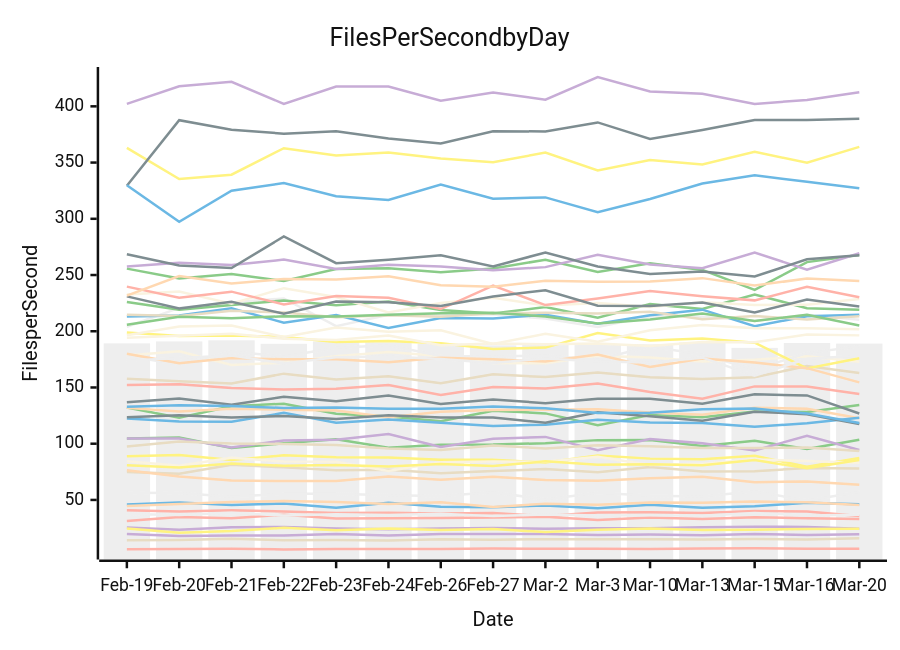
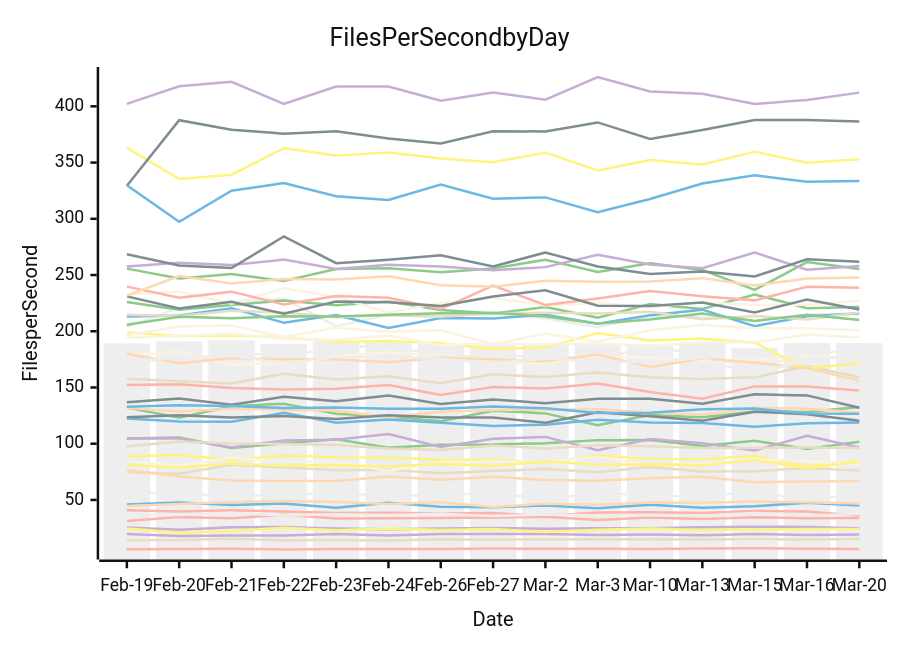
Before and after one commit to streetsidesoftware/cspell: the diagram in perf-report.md, drawn with Mermaid (neutral theme). The commit also changed other lines of this file and 2 other files, not shown here.

````diff
--- a/perf-report.md
+++ b/perf-report.md
@@ -11,57 +11,57 @@
 ```mermaid
 xychart-beta
     title Files Per Second by Day
     y-axis Files per Second
     x-axis Date [Feb-19, Feb-20, Feb-21, Feb-22, Feb-23, Feb-24, Feb-26, Feb-27, Mar-2, Mar-3, Mar-10, Mar-13, Mar-15, Mar-16, Mar-20]
-    bar [189.21, 190.95, 191.93, 188.84, 190.95, 190.14, 188.86, 187.47, 189.15, 187.99, 188.38, 189.98, 185.21, 189.57, 189.03]
-    line [45.95, 47.66, 45.50, 46.89, 43.13, 47.48, 43.86, 43.58, 44.95, 42.68, 45.79, 43.00, 44.30, 47.55, 46.14]
-    line [132.26, 123.16, 133.27, 135.57, 126.55, 124.20, 119.96, 129.35, 126.96, 116.50, 125.61, 123.50, 128.64, 128.22, 134.41]
-    line [19.76, 18.01, 18.46, 18.38, 19.68, 18.34, 19.60, 19.60, 19.63, 18.78, 19.22, 18.67, 19.78, 18.71, 19.45]
-    line [74.92, 73.32, 81.29, 78.95, 76.37, 76.80, 73.75, 75.77, 77.40, 74.68, 79.36, 75.39, 75.58, 78.40, 77.92]
-    line [6.24, 6.45, 6.67, 5.92, 6.38, 6.30, 6.44, 6.78, 6.62, 6.55, 6.32, 6.79, 7.12, 6.59, 6.61]
-    line [88.86, 89.95, 85.47, 89.64, 87.93, 87.72, 85.68, 85.69, 83.26, 89.40, 86.73, 86.09, 89.20, 79.46, 87.23]
-    line [136.95, 140.26, 134.61, 141.79, 137.76, 142.75, 135.42, 139.26, 136.06, 139.99, 140.01, 135.63, 143.93, 142.95, 126.83]
-    line [131.86, 128.62, 131.04, 130.26, 129.44, 123.58, 128.31, 129.87, 130.27, 130.71, 127.81, 125.76, 132.01, 131.14, 122.63]
-    line [84.44, 80.37, 87.47, 84.08, 83.91, 75.76, 83.59, 84.08, 83.89, 88.30, 81.02, 82.11, 85.90, 84.63, 83.10]
-    line [203.99, 220.72, 225.56, 229.20, 204.56, 214.62, 214.22, 215.21, 211.23, 203.79, 213.30, 213.00, 209.05, 214.75, 210.23]
-    line [122.32, 119.71, 119.61, 127.43, 118.55, 121.57, 118.53, 115.70, 116.93, 121.24, 118.95, 118.40, 114.99, 118.14, 123.08]
-    line [226.10, 219.20, 223.30, 227.37, 223.02, 226.36, 218.81, 215.75, 221.50, 212.02, 224.11, 219.75, 232.68, 220.52, 219.17]
-    line [25.52, 23.53, 25.65, 25.87, 24.49, 24.03, 24.62, 25.06, 24.45, 24.76, 24.74, 25.60, 26.18, 25.98, 24.28]
-    line [157.72, 155.61, 153.59, 162.30, 157.06, 159.96, 153.79, 161.66, 159.28, 163.36, 159.01, 157.48, 159.10, 169.05, 162.84]
-    line [40.89, 39.79, 40.82, 39.75, 38.29, 38.55, 38.02, 38.35, 35.65, 38.90, 38.99, 38.46, 40.13, 39.77, 35.64]
-    line [363.00, 335.36, 339.22, 362.80, 356.26, 358.85, 353.61, 350.32, 358.90, 343.06, 352.21, 348.39, 359.59, 349.81, 363.99]
-    line [329.33, 387.65, 379.15, 375.70, 377.89, 371.33, 366.95, 377.92, 377.66, 385.69, 370.91, 378.91, 387.90, 387.80, 388.99]
-    line [76.41, 70.89, 67.31, 66.82, 66.94, 70.88, 67.89, 70.56, 67.78, 66.98, 69.18, 70.51, 65.83, 66.30, 63.45]
-    line [232.74, 235.31, 224.47, 238.32, 230.44, 216.76, 225.02, 229.69, 222.82, 225.14, 221.56, 225.82, 223.33, 223.62, 228.77]
-    line [56.33, 56.16, 52.87, 55.45, 55.44, 54.09, 53.55, 56.91, 50.34, 56.33, 53.77, 52.96, 57.64, 49.40, 57.08]
-    line [329.84, 297.30, 325.03, 331.76, 320.00, 316.72, 330.45, 317.84, 319.02, 305.87, 317.67, 331.44, 338.69, 332.97, 327.06]
-    line [255.70, 246.95, 250.90, 244.70, 255.35, 256.03, 252.54, 255.82, 263.63, 252.65, 260.43, 254.55, 236.73, 261.47, 267.80]
-    line [257.67, 260.94, 258.83, 263.71, 255.40, 259.16, 257.65, 254.22, 257.02, 267.92, 259.39, 256.02, 269.97, 254.79, 269.33]
-    line [14.06, 14.46, 15.41, 14.08, 14.28, 13.96, 14.98, 14.69, 15.09, 15.05, 14.93, 14.92, 15.23, 14.84, 15.94]
-    line [31.35, 34.71, 33.66, 36.75, 33.50, 33.75, 33.98, 34.43, 34.99, 32.10, 34.36, 33.03, 34.53, 33.80, 33.04]
-    line [80.83, 78.91, 82.42, 80.37, 81.15, 79.72, 81.93, 80.10, 84.29, 81.35, 81.66, 80.93, 85.41, 78.19, 85.54]
-    line [123.51, 125.30, 123.36, 124.67, 122.06, 125.40, 123.31, 123.27, 118.58, 127.90, 124.38, 120.45, 128.40, 126.26, 117.52]
-    line [44.67, 46.36, 48.18, 49.05, 48.06, 46.41, 47.91, 43.77, 46.60, 45.68, 47.70, 47.47, 48.64, 47.90, 45.47]
-    line [178.51, 182.28, 170.09, 171.99, 177.77, 181.65, 177.93, 171.71, 171.61, 178.31, 176.56, 173.19, 174.63, 177.66, 172.84]
-    line [178.13, 170.26, 181.98, 177.56, 185.31, 187.50, 177.93, 177.54, 178.41, 174.58, 186.65, 179.06, 166.05, 180.55, 186.71]
-    line [213.09, 213.97, 220.46, 207.58, 214.51, 202.85, 211.79, 211.44, 214.66, 206.78, 214.22, 219.20, 204.44, 213.42, 214.74]
-    line [104.64, 105.41, 96.15, 100.38, 103.85, 96.33, 99.09, 99.19, 100.48, 103.18, 103.33, 98.05, 102.55, 95.32, 103.48]
-    line [104.57, 104.52, 96.66, 102.79, 103.56, 108.60, 97.11, 104.32, 106.04, 94.30, 104.19, 100.36, 94.07, 106.95, 94.34]
-    line [214.67, 213.49, 218.19, 216.61, 212.54, 214.33, 212.86, 215.99, 216.40, 215.81, 217.40, 210.64, 213.63, 210.38, 213.40]
-    line [239.70, 229.90, 235.21, 223.87, 231.37, 229.84, 219.75, 240.64, 223.28, 229.19, 235.85, 231.18, 227.46, 239.47, 230.25]
-    line [198.97, 195.69, 196.29, 194.82, 190.50, 191.36, 189.34, 184.31, 185.47, 198.42, 191.68, 193.62, 189.84, 166.89, 176.07]
-    line [231.02, 220.24, 226.17, 215.58, 226.36, 225.70, 222.46, 230.96, 236.51, 222.64, 222.38, 225.56, 216.60, 228.18, 222.02]
-    line [179.91, 171.61, 176.10, 175.03, 175.02, 172.48, 176.50, 175.06, 173.05, 179.29, 168.17, 175.84, 172.23, 167.20, 154.52]
-    line [194.32, 195.93, 197.80, 193.32, 192.22, 196.28, 187.50, 189.10, 188.54, 189.19, 186.81, 190.52, 190.26, 197.02, 196.33]
-    line [37.40, 36.62, 38.51, 36.10, 37.37, 36.52, 37.66, 35.60, 37.02, 36.08, 36.38, 35.91, 38.37, 36.25, 36.82]
-    line [132.77, 134.30, 133.46, 131.83, 132.27, 131.01, 131.00, 133.00, 131.45, 127.22, 127.60, 130.54, 131.20, 126.76, 118.47]
-    line [205.73, 212.95, 211.55, 213.31, 213.15, 214.61, 215.98, 216.39, 213.20, 207.00, 210.46, 215.67, 209.05, 214.60, 205.12]
-    line [402.21, 417.90, 421.85, 402.15, 417.55, 417.69, 405.05, 412.32, 405.86, 426.09, 413.29, 411.20, 402.18, 405.65, 412.56]
-    line [97.51, 101.87, 100.27, 99.76, 98.90, 95.69, 94.30, 98.50, 95.82, 98.55, 97.82, 96.22, 96.21, 96.60, 93.59]
-    line [152.26, 152.78, 149.55, 148.15, 148.90, 152.11, 143.30, 150.41, 149.07, 153.47, 146.06, 140.05, 150.95, 150.81, 144.26]
-    line [24.64, 20.92, 22.32, 25.16, 23.04, 24.66, 23.19, 24.07, 21.50, 23.56, 24.56, 23.16, 23.57, 24.07, 24.34]
-    line [268.41, 258.56, 256.27, 284.25, 260.54, 263.62, 267.57, 257.62, 270.01, 257.62, 250.97, 253.10, 248.68, 263.99, 267.51]
-    line [231.62, 249.13, 242.45, 246.48, 246.10, 248.98, 240.98, 239.52, 244.96, 243.99, 244.22, 247.23, 240.74, 246.80, 244.69]
-    line [196.35, 204.19, 205.00, 194.87, 203.28, 199.45, 200.84, 188.59, 197.81, 190.62, 200.86, 205.50, 202.63, 202.69, 201.79]
-    line [173.68, 176.25, 178.32, 171.39, 176.96, 177.51, 175.27, 171.69, 175.82, 173.02, 172.27, 176.52, 160.55, 175.49, 178.19]
+    bar [189.21, 190.95, 191.93, 188.84, 190.95, 190.14, 188.86, 187.47, 189.15, 187.99, 188.38, 189.98, 185.21, 189.57, 189.40]
+    line [45.95, 47.66, 45.50, 46.89, 43.13, 47.48, 43.86, 43.58, 44.95, 42.68, 45.79, 43.00, 44.30, 47.55, 45.06]
+    line [132.26, 123.16, 133.27, 135.57, 126.55, 124.20, 119.96, 129.35, 126.96, 116.50, 125.61, 123.50, 128.64, 128.22, 132.61]
+    line [19.76, 18.01, 18.46, 18.38, 19.68, 18.34, 19.60, 19.60, 19.63, 18.78, 19.22, 18.67, 19.78, 18.71, 19.35]
+    line [74.92, 73.32, 81.29, 78.95, 76.37, 76.80, 73.75, 75.77, 77.40, 74.68, 79.36, 75.39, 75.58, 78.40, 76.06]
+    line [6.24, 6.45, 6.67, 5.92, 6.38, 6.30, 6.44, 6.78, 6.62, 6.55, 6.32, 6.79, 7.12, 6.59, 6.32]
+    line [88.86, 89.95, 85.47, 89.64, 87.93, 87.72, 85.68, 85.69, 83.26, 89.40, 86.73, 86.09, 89.20, 79.46, 84.72]
+    line [136.95, 140.26, 134.61, 141.79, 137.76, 142.75, 135.42, 139.26, 136.06, 139.99, 140.01, 135.63, 143.93, 142.95, 131.94]
+    line [131.86, 128.62, 131.04, 130.26, 129.44, 123.58, 128.31, 129.87, 130.27, 130.71, 127.81, 125.76, 132.01, 131.14, 127.65]
+    line [84.44, 80.37, 87.47, 84.08, 83.91, 75.76, 83.59, 84.08, 83.89, 88.30, 81.02, 82.11, 85.90, 84.63, 82.10]
+    line [203.99, 220.72, 225.56, 229.20, 204.56, 214.62, 214.22, 215.21, 211.23, 203.79, 213.30, 213.00, 209.05, 214.75, 216.09]
+    line [122.32, 119.71, 119.61, 127.43, 118.55, 121.57, 118.53, 115.70, 116.93, 121.24, 118.95, 118.40, 114.99, 118.14, 118.87]
+    line [226.10, 219.20, 223.30, 227.37, 223.02, 226.36, 218.81, 215.75, 221.50, 212.02, 224.11, 219.75, 232.68, 220.52, 221.64]
+    line [25.52, 23.53, 25.65, 25.87, 24.49, 24.03, 24.62, 25.06, 24.45, 24.76, 24.74, 25.60, 26.18, 25.98, 24.89]
+    line [157.72, 155.61, 153.59, 162.30, 157.06, 159.96, 153.79, 161.66, 159.28, 163.36, 159.01, 157.48, 159.10, 169.05, 159.18]
+    line [40.89, 39.79, 40.82, 39.75, 38.29, 38.55, 38.02, 38.35, 35.65, 38.90, 38.99, 38.46, 40.13, 39.77, 36.04]
+    line [363.00, 335.36, 339.22, 362.80, 356.26, 358.85, 353.61, 350.32, 358.90, 343.06, 352.21, 348.39, 359.59, 349.81, 352.96]
+    line [329.33, 387.65, 379.15, 375.70, 377.89, 371.33, 366.95, 377.92, 377.66, 385.69, 370.91, 378.91, 387.90, 387.80, 386.61]
+    line [76.41, 70.89, 67.31, 66.82, 66.94, 70.88, 67.89, 70.56, 67.78, 66.98, 69.18, 70.51, 65.83, 66.30, 66.77]
+    line [232.74, 235.31, 224.47, 238.32, 230.44, 216.76, 225.02, 229.69, 222.82, 225.14, 221.56, 225.82, 223.33, 223.62, 227.10]
+    line [56.33, 56.16, 52.87, 55.45, 55.44, 54.09, 53.55, 56.91, 50.34, 56.33, 53.77, 52.96, 57.64, 49.40, 55.97]
+    line [329.84, 297.30, 325.03, 331.76, 320.00, 316.72, 330.45, 317.84, 319.02, 305.87, 317.67, 331.44, 338.69, 332.97, 333.50]
+    line [255.70, 246.95, 250.90, 244.70, 255.35, 256.03, 252.54, 255.82, 263.63, 252.65, 260.43, 254.55, 236.73, 261.47, 255.45]
+    line [257.67, 260.94, 258.83, 263.71, 255.40, 259.16, 257.65, 254.22, 257.02, 267.92, 259.39, 256.02, 269.97, 254.79, 257.99]
+    line [14.06, 14.46, 15.41, 14.08, 14.28, 13.96, 14.98, 14.69, 15.09, 15.05, 14.93, 14.92, 15.23, 14.84, 15.23]
+    line [31.35, 34.71, 33.66, 36.75, 33.50, 33.75, 33.98, 34.43, 34.99, 32.10, 34.36, 33.03, 34.53, 33.80, 33.95]
+    line [80.83, 78.91, 82.42, 80.37, 81.15, 79.72, 81.93, 80.10, 84.29, 81.35, 81.66, 80.93, 85.41, 78.19, 84.18]
+    line [123.51, 125.30, 123.36, 124.67, 122.06, 125.40, 123.31, 123.27, 118.58, 127.90, 124.38, 120.45, 128.40, 126.26, 120.43]
+    line [44.67, 46.36, 48.18, 49.05, 48.06, 46.41, 47.91, 43.77, 46.60, 45.68, 47.70, 47.47, 48.64, 47.90, 46.78]
+    line [178.51, 182.28, 170.09, 171.99, 177.77, 181.65, 177.93, 171.71, 171.61, 178.31, 176.56, 173.19, 174.63, 177.66, 175.74]
+    line [178.13, 170.26, 181.98, 177.56, 185.31, 187.50, 177.93, 177.54, 178.41, 174.58, 186.65, 179.06, 166.05, 180.55, 182.58]
+    line [213.09, 213.97, 220.46, 207.58, 214.51, 202.85, 211.79, 211.44, 214.66, 206.78, 214.22, 219.20, 204.44, 213.42, 215.71]
+    line [104.64, 105.41, 96.15, 100.38, 103.85, 96.33, 99.09, 99.19, 100.48, 103.18, 103.33, 98.05, 102.55, 95.32, 101.80]
+    line [104.57, 104.52, 96.66, 102.79, 103.56, 108.60, 97.11, 104.32, 106.04, 94.30, 104.19, 100.36, 94.07, 106.95, 96.68]
+    line [214.67, 213.49, 218.19, 216.61, 212.54, 214.33, 212.86, 215.99, 216.40, 215.81, 217.40, 210.64, 213.63, 210.38, 216.73]
+    line [239.70, 229.90, 235.21, 223.87, 231.37, 229.84, 219.75, 240.64, 223.28, 229.19, 235.85, 231.18, 227.46, 239.47, 238.69]
+    line [198.97, 195.69, 196.29, 194.82, 190.50, 191.36, 189.34, 184.31, 185.47, 198.42, 191.68, 193.62, 189.84, 166.89, 171.59]
+    line [231.02, 220.24, 226.17, 215.58, 226.36, 225.70, 222.46, 230.96, 236.51, 222.64, 222.38, 225.56, 216.60, 228.18, 219.43]
+    line [179.91, 171.61, 176.10, 175.03, 175.02, 172.48, 176.50, 175.06, 173.05, 179.29, 168.17, 175.84, 172.23, 167.20, 156.08]
+    line [194.32, 195.93, 197.80, 193.32, 192.22, 196.28, 187.50, 189.10, 188.54, 189.19, 186.81, 190.52, 190.26, 197.02, 194.36]
+    line [37.40, 36.62, 38.51, 36.10, 37.37, 36.52, 37.66, 35.60, 37.02, 36.08, 36.38, 35.91, 38.37, 36.25, 37.51]
+    line [132.77, 134.30, 133.46, 131.83, 132.27, 131.01, 131.00, 133.00, 131.45, 127.22, 127.60, 130.54, 131.20, 126.76, 126.61]
+    line [205.73, 212.95, 211.55, 213.31, 213.15, 214.61, 215.98, 216.39, 213.20, 207.00, 210.46, 215.67, 209.05, 214.60, 209.91]
+    line [402.21, 417.90, 421.85, 402.15, 417.55, 417.69, 405.05, 412.32, 405.86, 426.09, 413.29, 411.20, 402.18, 405.65, 412.19]
+    line [97.51, 101.87, 100.27, 99.76, 98.90, 95.69, 94.30, 98.50, 95.82, 98.55, 97.82, 96.22, 96.21, 96.60, 96.28]
+    line [152.26, 152.78, 149.55, 148.15, 148.90, 152.11, 143.30, 150.41, 149.07, 153.47, 146.06, 140.05, 150.95, 150.81, 147.35]
+    line [24.64, 20.92, 22.32, 25.16, 23.04, 24.66, 23.19, 24.07, 21.50, 23.56, 24.56, 23.16, 23.57, 24.07, 24.21]
+    line [268.41, 258.56, 256.27, 284.25, 260.54, 263.62, 267.57, 257.62, 270.01, 257.62, 250.97, 253.10, 248.68, 263.99, 261.83]
+    line [231.62, 249.13, 242.45, 246.48, 246.10, 248.98, 240.98, 239.52, 244.96, 243.99, 244.22, 247.23, 240.74, 246.80, 247.77]
+    line [196.35, 204.19, 205.00, 194.87, 203.28, 199.45, 200.84, 188.59, 197.81, 190.62, 200.86, 205.50, 202.63, 202.69, 200.88]
+    line [173.68, 176.25, 178.32, 171.39, 176.96, 177.51, 175.27, 171.69, 175.82, 173.02, 172.27, 176.52, 160.55, 175.49, 176.97]
 ```
````
